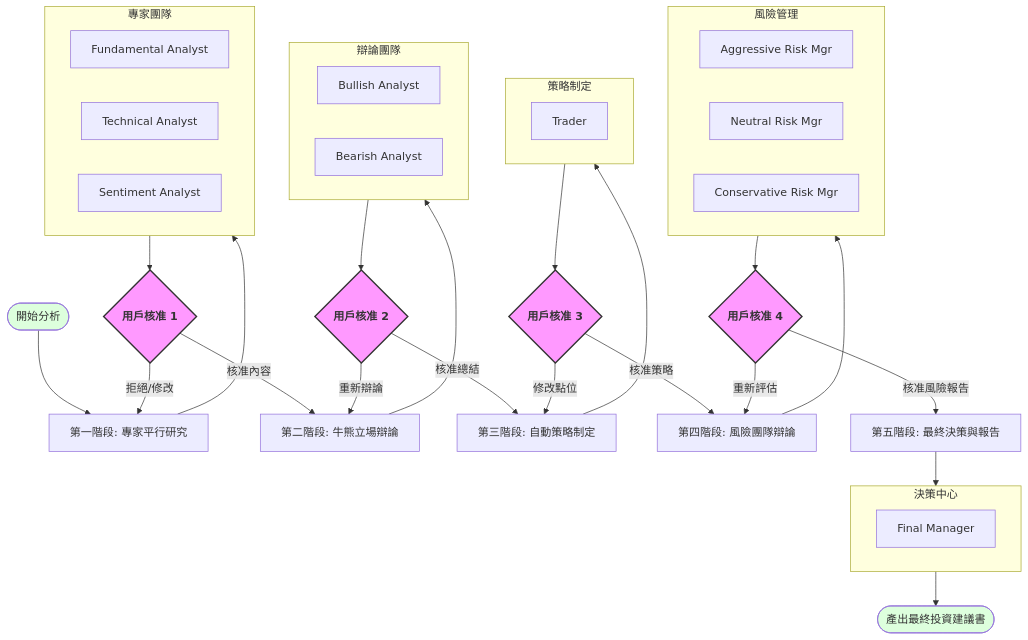
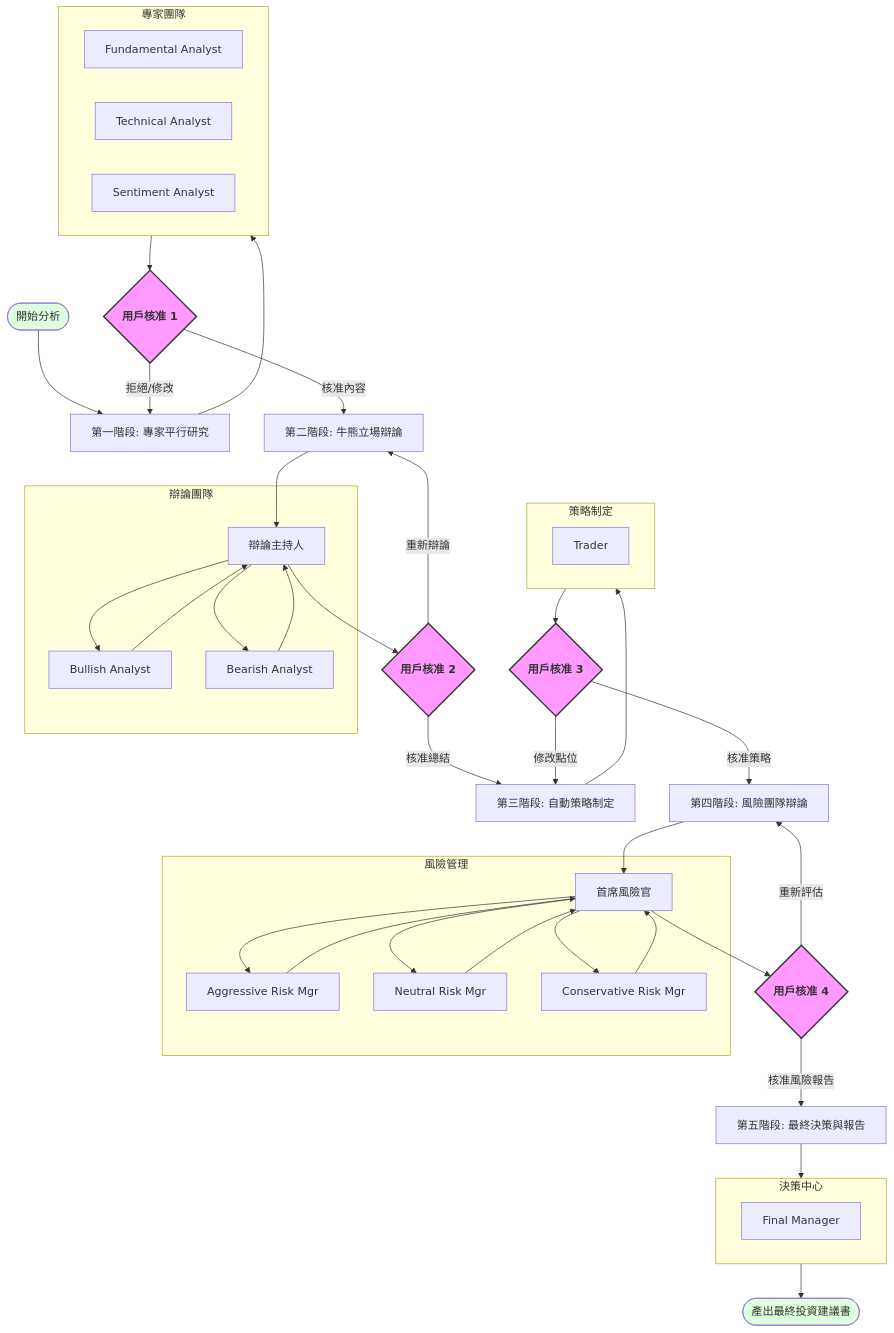
One commit to jeffreychuuu/stock_analysis_agentic_agents changed the diagram in README.zh-TW.md. Above: the diagram before and after it, drawn with Mermaid. The commit also changed other lines of this file, not shown here.

````diff
--- a/README.zh-TW.md
+++ b/README.zh-TW.md
@@ -12,63 +12,69 @@
 ```mermaid
 graph TD
     Start([開始分析]) --> Phase1[第一階段: 專家平行研究]
 
     subgraph P1 [專家團隊]
         FA[Fundamental Analyst]
         TA[Technical Analyst]
         SA[Sentiment Analyst]
     end
 
     Phase1 --> P1
     P1 --> User1{<b>用戶核准 1</b>}
 
     User1 -- 拒絕/修改 --> Phase1
     User1 -- 核准內容 --> Phase2[第二階段: 牛熊立場辯論]
 
     subgraph P2 [辯論團隊]
+        DM[辯論主持人]
         Bull[Bullish Analyst]
         Bear[Bearish Analyst]
     end
 
-    Phase2 --> P2
-    P2 --> User2{<b>用戶核准 2</b>}
+    Phase2 --> DM
+    DM --> Bull & Bear
+    Bull & Bear --> DM
+    DM --> User2{<b>用戶核准 2</b>}
 
     User2 -- 重新辯論 --> Phase2
     User2 -- 核准總結 --> Phase3[第三階段: 自動策略制定]
 
     subgraph P3 [策略制定]
         Trader[Trader]
     end
 
     Phase3 --> P3
     P3 --> User3{<b>用戶核准 3</b>}
 
     User3 -- 修改點位 --> Phase3
     User3 -- 核准策略 --> Phase4[第四階段: 風險團隊辯論]
 
     subgraph P4 [風險管理]
+        CRO[首席風險官]
         ARM[Aggressive Risk Mgr]
         NRM[Neutral Risk Mgr]
         CRM[Conservative Risk Mgr]
     end
 
-    Phase4 --> P4
-    P4 --> User4{<b>用戶核准 4</b>}
+    Phase4 --> CRO
+    CRO --> ARM & NRM & CRM
+    ARM & NRM & CRM --> CRO
+    CRO --> User4{<b>用戶核准 4</b>}
 
     User4 -- 重新評估 --> Phase4
     User4 -- 核准風險報告 --> Phase5[第五階段: 最終決策與報告]
 
     subgraph P5 [決策中心]
         FM[Final Manager]
     end
 
     Phase5 --> P5
     P5 --> Output([產出最終投資建議書])
 
     style User1 fill:#f9f,stroke:#333,stroke-width:2px
     style User2 fill:#f9f,stroke:#333,stroke-width:2px
     style User3 fill:#f9f,stroke:#333,stroke-width:2px
     style User4 fill:#f9f,stroke:#333,stroke-width:2px
     style Start fill:#dfd
     style Output fill:#dfd
 ```
````
